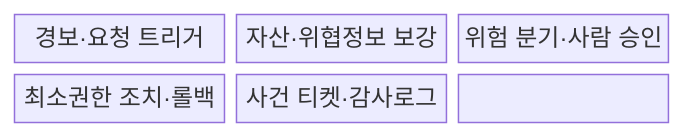
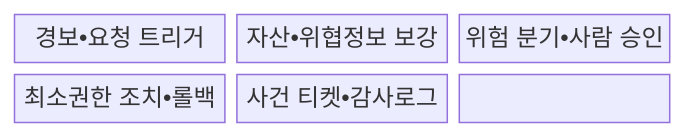
The first of 2 diagrams in src/content/docs/notes/05-security/121_security_orchestration_playbook.md (agnusdei1207/knowledge-base), drawn with Mermaid before and after one commit. The commit also changed other lines of this file and 953 other files, not shown here.

````diff
--- a/src/content/docs/notes/05-security/121_security_orchestration_playbook.md
+++ b/src/content/docs/notes/05-security/121_security_orchestration_playbook.md
@@ -67,11 +67,11 @@
 ```mermaid
 block-beta
   columns 3
-  T["경보·요청 트리거"]
-  E["자산·위협정보 보강"]
-  D["위험 분기·사람 승인"]
-  A["최소권한 조치·롤백"]
-  L["사건 티켓·감사로그"]
+  T["경보•요청 트리거"]
+  E["자산•위협정보 보강"]
+  D["위험 분기•사람 승인"]
+  A["최소권한 조치•롤백"]
+  L["사건 티켓•감사로그"]
   T --- E --- D
   D --- A --- L
 ```
````
